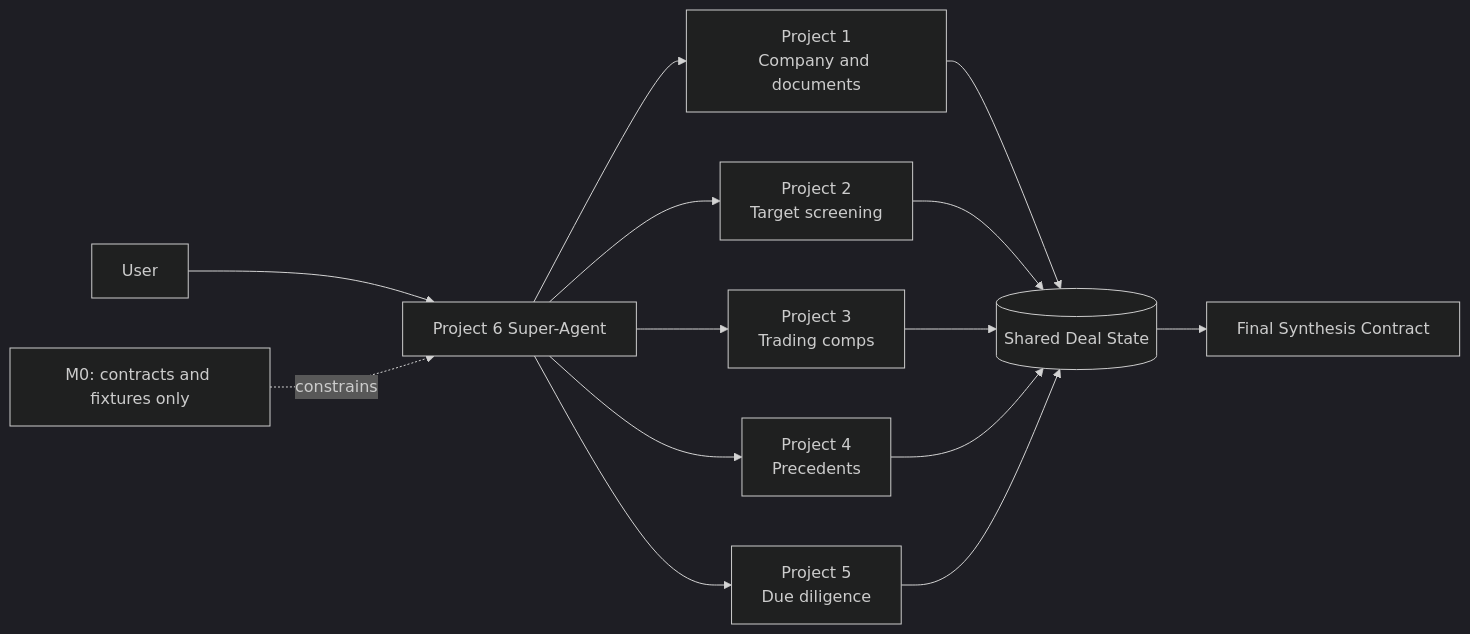
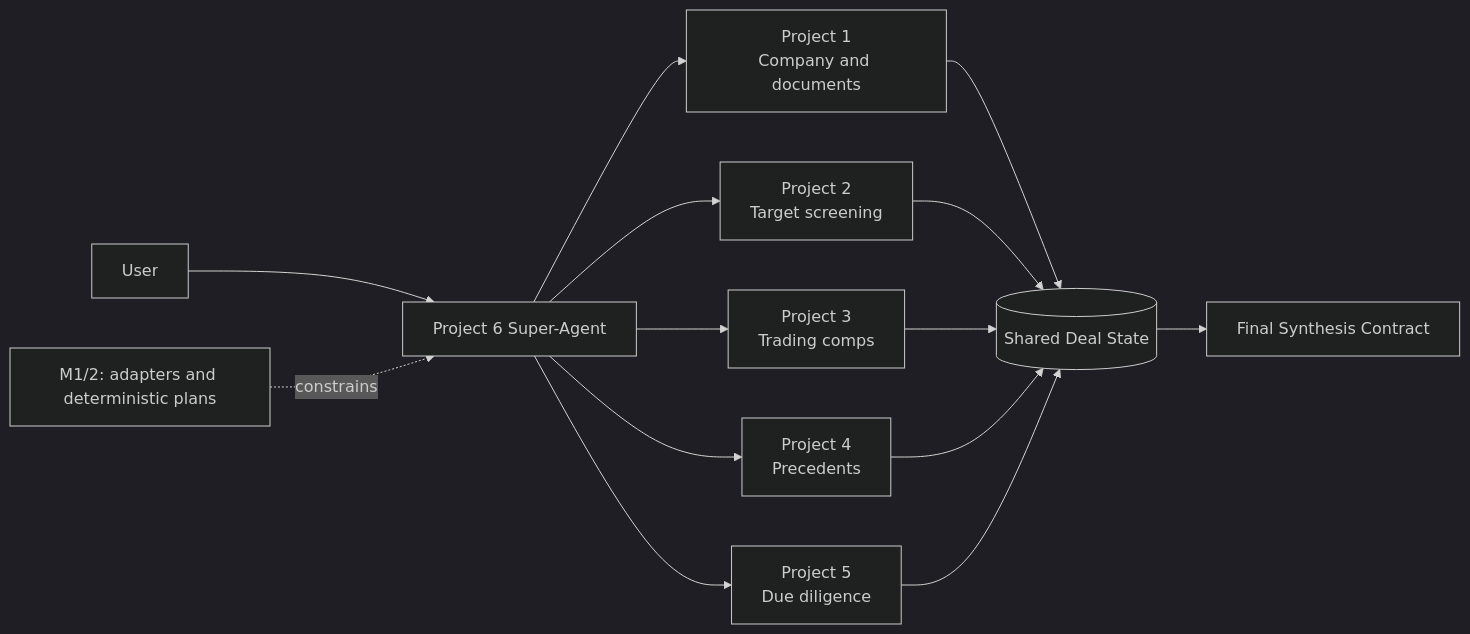
One commit to rishu765/mna_deal_intelligence changed the first of 2 diagrams in 06_mna_deal_intelligence_super_agent/README.md. Above: the diagram before and after it, drawn with Mermaid (dark theme). The commit also changed other lines of this file and 22 other files, not shown here.

````diff
--- a/06_mna_deal_intelligence_super_agent/README.md
+++ b/06_mna_deal_intelligence_super_agent/README.md
@@ -22,12 +22,12 @@
 ```mermaid
 flowchart LR
     U[User] --> P6[Project 6 Super-Agent]
     P6 --> P1[Project 1<br/>Company and documents]
     P6 --> P2[Project 2<br/>Target screening]
     P6 --> P3[Project 3<br/>Trading comps]
     P6 --> P4[Project 4<br/>Precedents]
     P6 --> P5[Project 5<br/>Due diligence]
     P1 & P2 & P3 & P4 & P5 --> S[(Shared Deal State)]
     S --> F[Final Synthesis Contract]
-    C[M0: contracts and fixtures only] -. constrains .-> P6
+    C[M1/2: adapters and deterministic plans] -. constrains .-> P6
 ```
````
